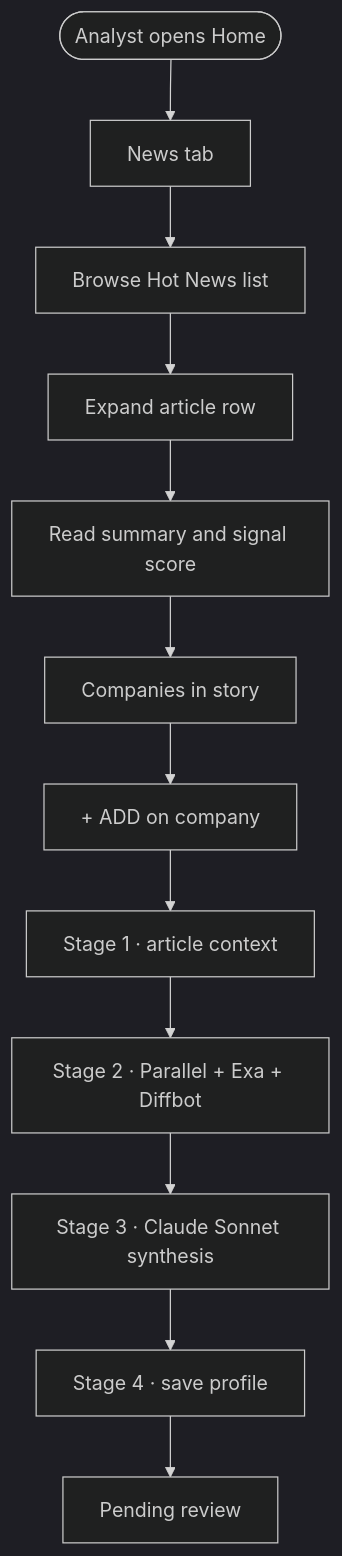
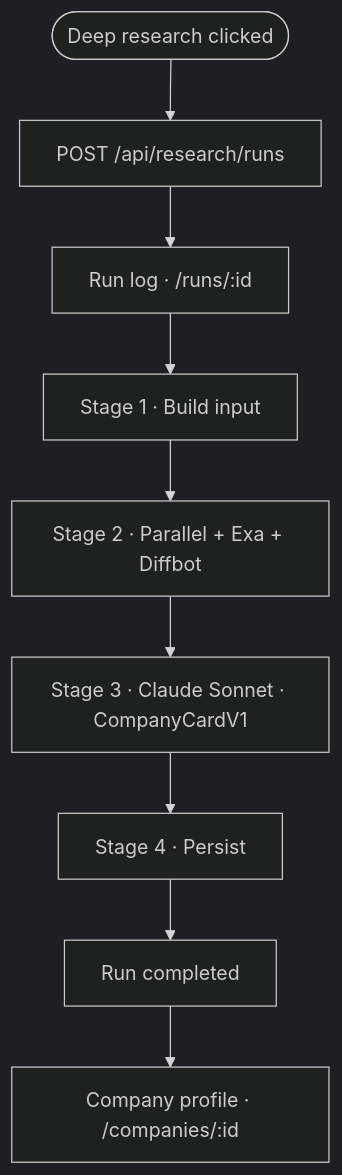
Before and after one commit to Growth-Maschine/NORAD-INTEL-ENGINE-V1: the second of 5 diagrams in docs/phase-1/P1-01-user.md, drawn with Mermaid (dark theme). The commit also changed other lines of this file and 12 other files, not shown here.

Commit message:
docs(phase-1): align P1-00 through P1-06 with current single-app build Update workflows, objects, fields, screens, and backend actions to match Web Discovery enrich, Deep research, and retired Today page features.

````diff
--- a/docs/phase-1/P1-01-user.md
+++ b/docs/phase-1/P1-01-user.md
@@ -316,14 +233,11 @@
 ```mermaid
 flowchart TD
-    START([Analyst opens Home]) --> NEWS[News tab]
-    NEWS --> SCAN[Browse Hot News list]
-    SCAN --> EXPAND[Expand article row]
-    EXPAND --> READ[Read summary and signal score]
-    READ --> COMPANIES[Companies in story]
-    COMPANIES --> ADD[+ ADD on company]
-    ADD --> S1[Stage 1 · article context]
+    START([Deep research clicked]) --> API[POST /api/research/runs]
+    API --> RUNLOG[Run log · /runs/:id]
+    RUNLOG --> S1[Stage 1 · Build input]
     S1 --> S2[Stage 2 · Parallel + Exa + Diffbot]
-    S2 --> S3[Stage 3 · Claude Sonnet synthesis]
-    S3 --> S4[Stage 4 · save profile]
-    S4 --> PENDING[Pending review]
+    S2 --> S3[Stage 3 · Claude Sonnet · CompanyCardV1]
+    S3 --> S4[Stage 4 · Persist]
+    S4 --> DONE[Run completed]
+    DONE --> PROFILE[Company profile · /companies/:id]
 ```
````
